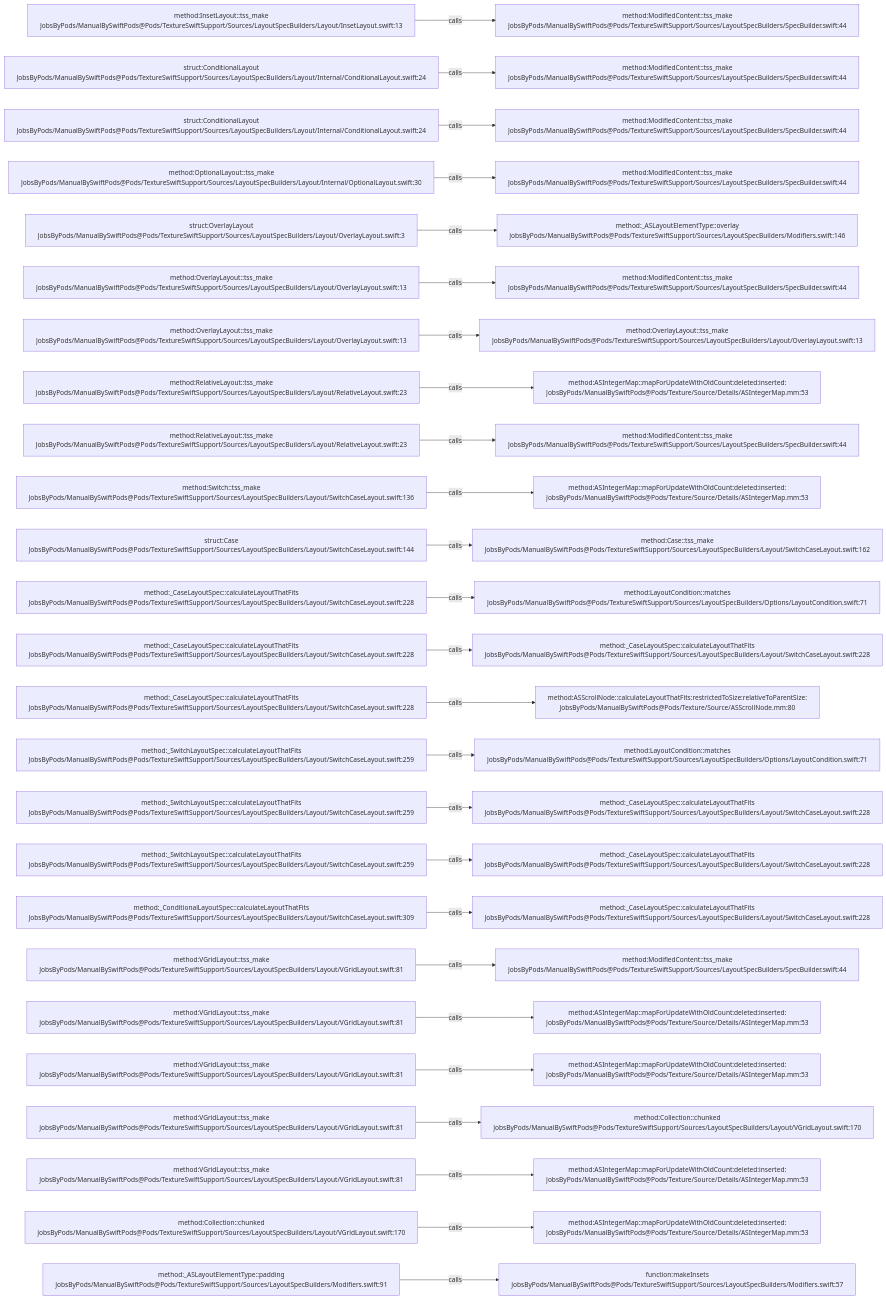
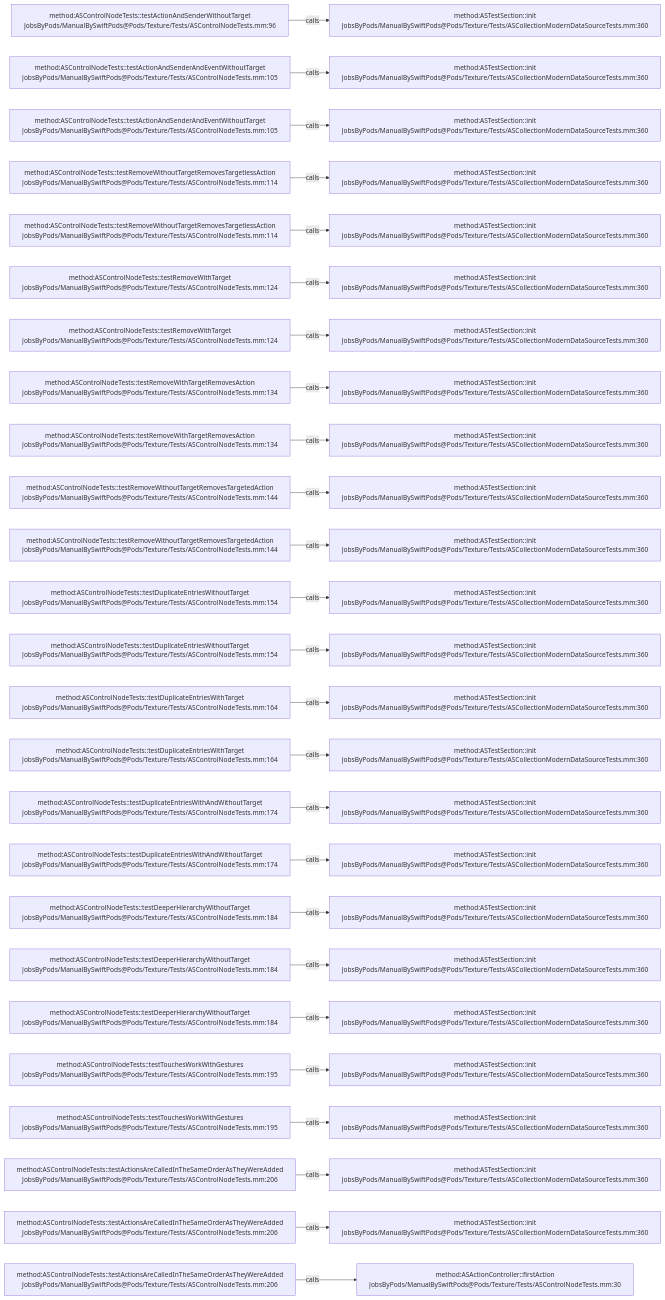
The diagram in .codegraph/codegraph.md/graphs/calls-176.md (JobsKits/JobsSwiftBaseConfigDemo), drawn with Mermaid before and after one commit. The commit also changed 832 other files, not shown here.

````diff
--- a/.codegraph/codegraph.md/graphs/calls-176.md
+++ b/.codegraph/codegraph.md/graphs/calls-176.md
@@ -13,78 +13,78 @@
 ```mermaid
 flowchart LR
-  S1["method:InsetLayout::tss_make<br/>JobsByPods/ManualBySwiftPods@Pods/TextureSwiftSupport/Sources/LayoutSpecBuilders/Layout/InsetLayout.swift:13"]
-  T1["method:ModifiedContent::tss_make<br/>JobsByPods/ManualBySwiftPods@Pods/TextureSwiftSupport/Sources/LayoutSpecBuilders/SpecBuilder.swift:44"]
+  S1["method:ASControlNodeTests::testActionAndSenderWithoutTarget<br/>JobsByPods/ManualBySwiftPods@Pods/Texture/Tests/ASControlNodeTests.mm:96"]
+  T1["method:ASTestSection::init<br/>JobsByPods/ManualBySwiftPods@Pods/Texture/Tests/ASCollectionModernDataSourceTests.mm:360"]
   S1 -->|calls| T1
-  S2["struct:ConditionalLayout<br/>JobsByPods/ManualBySwiftPods@Pods/TextureSwiftSupport/Sources/LayoutSpecBuilders/Layout/Internal/ConditionalLayout.swift:24"]
-  T2["method:ModifiedContent::tss_make<br/>JobsByPods/ManualBySwiftPods@Pods/TextureSwiftSupport/Sources/LayoutSpecBuilders/SpecBuilder.swift:44"]
+  S2["method:ASControlNodeTests::testActionAndSenderAndEventWithoutTarget<br/>JobsByPods/ManualBySwiftPods@Pods/Texture/Tests/ASControlNodeTests.mm:105"]
+  T2["method:ASTestSection::init<br/>JobsByPods/ManualBySwiftPods@Pods/Texture/Tests/ASCollectionModernDataSourceTests.mm:360"]
   S2 -->|calls| T2
-  S3["struct:ConditionalLayout<br/>JobsByPods/ManualBySwiftPods@Pods/TextureSwiftSupport/Sources/LayoutSpecBuilders/Layout/Internal/ConditionalLayout.swift:24"]
-  T3["method:ModifiedContent::tss_make<br/>JobsByPods/ManualBySwiftPods@Pods/TextureSwiftSupport/Sources/LayoutSpecBuilders/SpecBuilder.swift:44"]
+  S3["method:ASControlNodeTests::testActionAndSenderAndEventWithoutTarget<br/>JobsByPods/ManualBySwiftPods@Pods/Texture/Tests/ASControlNodeTests.mm:105"]
+  T3["method:ASTestSection::init<br/>JobsByPods/ManualBySwiftPods@Pods/Texture/Tests/ASCollectionModernDataSourceTests.mm:360"]
   S3 -->|calls| T3
-  S4["method:OptionalLayout::tss_make<br/>JobsByPods/ManualBySwiftPods@Pods/TextureSwiftSupport/Sources/LayoutSpecBuilders/Layout/Internal/OptionalLayout.swift:30"]
-  T4["method:ModifiedContent::tss_make<br/>JobsByPods/ManualBySwiftPods@Pods/TextureSwiftSupport/Sources/LayoutSpecBuilders/SpecBuilder.swift:44"]
+  S4["method:ASControlNodeTests::testRemoveWithoutTargetRemovesTargetlessAction<br/>JobsByPods/ManualBySwiftPods@Pods/Texture/Tests/ASControlNodeTests.mm:114"]
+  T4["method:ASTestSection::init<br/>JobsByPods/ManualBySwiftPods@Pods/Texture/Tests/ASCollectionModernDataSourceTests.mm:360"]
   S4 -->|calls| T4
-  S5["struct:OverlayLayout<br/>JobsByPods/ManualBySwiftPods@Pods/TextureSwiftSupport/Sources/LayoutSpecBuilders/Layout/OverlayLayout.swift:3"]
-  T5["method:_ASLayoutElementType::overlay<br/>JobsByPods/ManualBySwiftPods@Pods/TextureSwiftSupport/Sources/LayoutSpecBuilders/Modifiers.swift:146"]
+  S5["method:ASControlNodeTests::testRemoveWithoutTargetRemovesTargetlessAction<br/>JobsByPods/ManualBySwiftPods@Pods/Texture/Tests/ASControlNodeTests.mm:114"]
+  T5["method:ASTestSection::init<br/>JobsByPods/ManualBySwiftPods@Pods/Texture/Tests/ASCollectionModernDataSourceTests.mm:360"]
   S5 -->|calls| T5
-  S6["method:OverlayLayout::tss_make<br/>JobsByPods/ManualBySwiftPods@Pods/TextureSwiftSupport/Sources/LayoutSpecBuilders/Layout/OverlayLayout.swift:13"]
-  T6["method:ModifiedContent::tss_make<br/>JobsByPods/ManualBySwiftPods@Pods/TextureSwiftSupport/Sources/LayoutSpecBuilders/SpecBuilder.swift:44"]
+  S6["method:ASControlNodeTests::testRemoveWithTarget<br/>JobsByPods/ManualBySwiftPods@Pods/Texture/Tests/ASControlNodeTests.mm:124"]
+  T6["method:ASTestSection::init<br/>JobsByPods/ManualBySwiftPods@Pods/Texture/Tests/ASCollectionModernDataSourceTests.mm:360"]
   S6 -->|calls| T6
-  S7["method:OverlayLayout::tss_make<br/>JobsByPods/ManualBySwiftPods@Pods/TextureSwiftSupport/Sources/LayoutSpecBuilders/Layout/OverlayLayout.swift:13"]
-  T7["method:OverlayLayout::tss_make<br/>JobsByPods/ManualBySwiftPods@Pods/TextureSwiftSupport/Sources/LayoutSpecBuilders/Layout/OverlayLayout.swift:13"]
+  S7["method:ASControlNodeTests::testRemoveWithTarget<br/>JobsByPods/ManualBySwiftPods@Pods/Texture/Tests/ASControlNodeTests.mm:124"]
+  T7["method:ASTestSection::init<br/>JobsByPods/ManualBySwiftPods@Pods/Texture/Tests/ASCollectionModernDataSourceTests.mm:360"]
   S7 -->|calls| T7
-  S8["method:RelativeLayout::tss_make<br/>JobsByPods/ManualBySwiftPods@Pods/TextureSwiftSupport/Sources/LayoutSpecBuilders/Layout/RelativeLayout.swift:23"]
-  T8["method:ASIntegerMap::mapForUpdateWithOldCount:deleted:inserted:<br/>JobsByPods/ManualBySwiftPods@Pods/Texture/Source/Details/ASIntegerMap.mm:53"]
+  S8["method:ASControlNodeTests::testRemoveWithTargetRemovesAction<br/>JobsByPods/ManualBySwiftPods@Pods/Texture/Tests/ASControlNodeTests.mm:134"]
+  T8["method:ASTestSection::init<br/>JobsByPods/ManualBySwiftPods@Pods/Texture/Tests/ASCollectionModernDataSourceTests.mm:360"]
   S8 -->|calls| T8
-  S9["method:RelativeLayout::tss_make<br/>JobsByPods/ManualBySwiftPods@Pods/TextureSwiftSupport/Sources/LayoutSpecBuilders/Layout/RelativeLayout.swift:23"]
-  T9["method:ModifiedContent::tss_make<br/>JobsByPods/ManualBySwiftPods@Pods/TextureSwiftSupport/Sources/LayoutSpecBuilders/SpecBuilder.swift:44"]
+  S9["method:ASControlNodeTests::testRemoveWithTargetRemovesAction<br/>JobsByPods/ManualBySwiftPods@Pods/Texture/Tests/ASControlNodeTests.mm:134"]
+  T9["method:ASTestSection::init<br/>JobsByPods/ManualBySwiftPods@Pods/Texture/Tests/ASCollectionModernDataSourceTests.mm:360"]
   S9 -->|calls| T9
-  S10["method:Switch::tss_make<br/>JobsByPods/ManualBySwiftPods@Pods/TextureSwiftSupport/Sources/LayoutSpecBuilders/Layout/SwitchCaseLayout.swift:136"]
-  T10["method:ASIntegerMap::mapForUpdateWithOldCount:deleted:inserted:<br/>JobsByPods/ManualBySwiftPods@Pods/Texture/Source/Details/ASIntegerMap.mm:53"]
+  S10["method:ASControlNodeTests::testRemoveWithoutTargetRemovesTargetedAction<br/>JobsByPods/ManualBySwiftPods@Pods/Texture/Tests/ASControlNodeTests.mm:144"]
+  T10["method:ASTestSection::init<br/>JobsByPods/ManualBySwiftPods@Pods/Texture/Tests/ASCollectionModernDataSourceTests.mm:360"]
   S10 -->|calls| T10
-  S11["struct:Case<br/>JobsByPods/ManualBySwiftPods@Pods/TextureSwiftSupport/Sources/LayoutSpecBuilders/Layout/SwitchCaseLayout.swift:144"]
-  T11["method:Case::tss_make<br/>JobsByPods/ManualBySwiftPods@Pods/TextureSwiftSupport/Sources/LayoutSpecBuilders/Layout/SwitchCaseLayout.swift:162"]
+  S11["method:ASControlNodeTests::testRemoveWithoutTargetRemovesTargetedAction<br/>JobsByPods/ManualBySwiftPods@Pods/Texture/Tests/ASControlNodeTests.mm:144"]
+  T11["method:ASTestSection::init<br/>JobsByPods/ManualBySwiftPods@Pods/Texture/Tests/ASCollectionModernDataSourceTests.mm:360"]
   S11 -->|calls| T11
-  S12["method:_CaseLayoutSpec::calculateLayoutThatFits<br/>JobsByPods/ManualBySwiftPods@Pods/TextureSwiftSupport/Sources/LayoutSpecBuilders/Layout/SwitchCaseLayout.swift:228"]
-  T12["method:LayoutCondition::matches<br/>JobsByPods/ManualBySwiftPods@Pods/TextureSwiftSupport/Sources/LayoutSpecBuilders/Options/LayoutCondition.swift:71"]
+  S12["method:ASControlNodeTests::testDuplicateEntriesWithoutTarget<br/>JobsByPods/ManualBySwiftPods@Pods/Texture/Tests/ASControlNodeTests.mm:154"]
+  T12["method:ASTestSection::init<br/>JobsByPods/ManualBySwiftPods@Pods/Texture/Tests/ASCollectionModernDataSourceTests.mm:360"]
   S12 -->|calls| T12
-  S13["method:_CaseLayoutSpec::calculateLayoutThatFits<br/>JobsByPods/ManualBySwiftPods@Pods/TextureSwiftSupport/Sources/LayoutSpecBuilders/Layout/SwitchCaseLayout.swift:228"]
-  T13["method:_CaseLayoutSpec::calculateLayoutThatFits<br/>JobsByPods/ManualBySwiftPods@Pods/TextureSwiftSupport/Sources/LayoutSpecBuilders/Layout/SwitchCaseLayout.swift:228"]
+  S13["method:ASControlNodeTests::testDuplicateEntriesWithoutTarget<br/>JobsByPods/ManualBySwiftPods@Pods/Texture/Tests/ASControlNodeTests.mm:154"]
+  T13["method:ASTestSection::init<br/>JobsByPods/ManualBySwiftPods@Pods/Texture/Tests/ASCollectionModernDataSourceTests.mm:360"]
   S13 -->|calls| T13
-  S14["method:_CaseLayoutSpec::calculateLayoutThatFits<br/>JobsByPods/ManualBySwiftPods@Pods/TextureSwiftSupport/Sources/LayoutSpecBuilders/Layout/SwitchCaseLayout.swift:228"]
-  T14["method:ASScrollNode::calculateLayoutThatFits:restrictedToSize:relativeToParentSize:<br/>JobsByPods/ManualBySwiftPods@Pods/Texture/Source/ASScrollNode.mm:80"]
+  S14["method:ASControlNodeTests::testDuplicateEntriesWithTarget<br/>JobsByPods/ManualBySwiftPods@Pods/Texture/Tests/ASControlNodeTests.mm:164"]
+  T14["method:ASTestSection::init<br/>JobsByPods/ManualBySwiftPods@Pods/Texture/Tests/ASCollectionModernDataSourceTests.mm:360"]
   S14 -->|calls| T14
-  S15["method:_SwitchLayoutSpec::calculateLayoutThatFits<br/>JobsByPods/ManualBySwiftPods@Pods/TextureSwiftSupport/Sources/LayoutSpecBuilders/Layout/SwitchCaseLayout.swift:259"]
-  T15["method:LayoutCondition::matches<br/>JobsByPods/ManualBySwiftPods@Pods/TextureSwiftSupport/Sources/LayoutSpecBuilders/Options/LayoutCondition.swift:71"]
+  S15["method:ASControlNodeTests::testDuplicateEntriesWithTarget<br/>JobsByPods/ManualBySwiftPods@Pods/Texture/Tests/ASControlNodeTests.mm:164"]
+  T15["method:ASTestSection::init<br/>JobsByPods/ManualBySwiftPods@Pods/Texture/Tests/ASCollectionModernDataSourceTests.mm:360"]
   S15 -->|calls| T15
-  S16["method:_SwitchLayoutSpec::calculateLayoutThatFits<br/>JobsByPods/ManualBySwiftPods@Pods/TextureSwiftSupport/Sources/LayoutSpecBuilders/Layout/SwitchCaseLayout.swift:259"]
-  T16["method:_CaseLayoutSpec::calculateLayoutThatFits<br/>JobsByPods/ManualBySwiftPods@Pods/TextureSwiftSupport/Sources/LayoutSpecBuilders/Layout/SwitchCaseLayout.swift:228"]
+  S16["method:ASControlNodeTests::testDuplicateEntriesWithAndWithoutTarget<br/>JobsByPods/ManualBySwiftPods@Pods/Texture/Tests/ASControlNodeTests.mm:174"]
+  T16["method:ASTestSection::init<br/>JobsByPods/ManualBySwiftPods@Pods/Texture/Tests/ASCollectionModernDataSourceTests.mm:360"]
   S16 -->|calls| T16
-  S17["method:_SwitchLayoutSpec::calculateLayoutThatFits<br/>JobsByPods/ManualBySwiftPods@Pods/TextureSwiftSupport/Sources/LayoutSpecBuilders/Layout/SwitchCaseLayout.swift:259"]
-  T17["method:_CaseLayoutSpec::calculateLayoutThatFits<br/>JobsByPods/ManualBySwiftPods@Pods/TextureSwiftSupport/Sources/LayoutSpecBuilders/Layout/SwitchCaseLayout.swift:228"]
+  S17["method:ASControlNodeTests::testDuplicateEntriesWithAndWithoutTarget<br/>JobsByPods/ManualBySwiftPods@Pods/Texture/Tests/ASControlNodeTests.mm:174"]
+  T17["method:ASTestSection::init<br/>JobsByPods/ManualBySwiftPods@Pods/Texture/Tests/ASCollectionModernDataSourceTests.mm:360"]
   S17 -->|calls| T17
-  S18["method:_ConditionalLayoutSpec::calculateLayoutThatFits<br/>JobsByPods/ManualBySwiftPods@Pods/TextureSwiftSupport/Sources/LayoutSpecBuilders/Layout/SwitchCaseLayout.swift:309"]
-  T18["method:_CaseLayoutSpec::calculateLayoutThatFits<br/>JobsByPods/ManualBySwiftPods@Pods/TextureSwiftSupport/Sources/LayoutSpecBuilders/Layout/SwitchCaseLayout.swift:228"]
+  S18["method:ASControlNodeTests::testDeeperHierarchyWithoutTarget<br/>JobsByPods/ManualBySwiftPods@Pods/Texture/Tests/ASControlNodeTests.mm:184"]
+  T18["method:ASTestSection::init<br/>JobsByPods/ManualBySwiftPods@Pods/Texture/Tests/ASCollectionModernDataSourceTests.mm:360"]
   S18 -->|calls| T18
-  S19["method:VGridLayout::tss_make<br/>JobsByPods/ManualBySwiftPods@Pods/TextureSwiftSupport/Sources/LayoutSpecBuilders/Layout/VGridLayout.swift:81"]
-  T19["method:ModifiedContent::tss_make<br/>JobsByPods/ManualBySwiftPods@Pods/TextureSwiftSupport/Sources/LayoutSpecBuilders/SpecBuilder.swift:44"]
+  S19["method:ASControlNodeTests::testDeeperHierarchyWithoutTarget<br/>JobsByPods/ManualBySwiftPods@Pods/Texture/Tests/ASControlNodeTests.mm:184"]
+  T19["method:ASTestSection::init<br/>JobsByPods/ManualBySwiftPods@Pods/Texture/Tests/ASCollectionModernDataSourceTests.mm:360"]
   S19 -->|calls| T19
-  S20["method:VGridLayout::tss_make<br/>JobsByPods/ManualBySwiftPods@Pods/TextureSwiftSupport/Sources/LayoutSpecBuilders/Layout/VGridLayout.swift:81"]
-  T20["method:ASIntegerMap::mapForUpdateWithOldCount:deleted:inserted:<br/>JobsByPods/ManualBySwiftPods@Pods/Texture/Source/Details/ASIntegerMap.mm:53"]
+  S20["method:ASControlNodeTests::testDeeperHierarchyWithoutTarget<br/>JobsByPods/ManualBySwiftPods@Pods/Texture/Tests/ASControlNodeTests.mm:184"]
+  T20["method:ASTestSection::init<br/>JobsByPods/ManualBySwiftPods@Pods/Texture/Tests/ASCollectionModernDataSourceTests.mm:360"]
   S20 -->|calls| T20
-  S21["method:VGridLayout::tss_make<br/>JobsByPods/ManualBySwiftPods@Pods/TextureSwiftSupport/Sources/LayoutSpecBuilders/Layout/VGridLayout.swift:81"]
-  T21["method:ASIntegerMap::mapForUpdateWithOldCount:deleted:inserted:<br/>JobsByPods/ManualBySwiftPods@Pods/Texture/Source/Details/ASIntegerMap.mm:53"]
+  S21["method:ASControlNodeTests::testTouchesWorkWithGestures<br/>JobsByPods/ManualBySwiftPods@Pods/Texture/Tests/ASControlNodeTests.mm:195"]
+  T21["method:ASTestSection::init<br/>JobsByPods/ManualBySwiftPods@Pods/Texture/Tests/ASCollectionModernDataSourceTests.mm:360"]
   S21 -->|calls| T21
-  S22["method:VGridLayout::tss_make<br/>JobsByPods/ManualBySwiftPods@Pods/TextureSwiftSupport/Sources/LayoutSpecBuilders/Layout/VGridLayout.swift:81"]
-  T22["method:Collection::chunked<br/>JobsByPods/ManualBySwiftPods@Pods/TextureSwiftSupport/Sources/LayoutSpecBuilders/Layout/VGridLayout.swift:170"]
+  S22["method:ASControlNodeTests::testTouchesWorkWithGestures<br/>JobsByPods/ManualBySwiftPods@Pods/Texture/Tests/ASControlNodeTests.mm:195"]
+  T22["method:ASTestSection::init<br/>JobsByPods/ManualBySwiftPods@Pods/Texture/Tests/ASCollectionModernDataSourceTests.mm:360"]
   S22 -->|calls| T22
-  S23["method:VGridLayout::tss_make<br/>JobsByPods/ManualBySwiftPods@Pods/TextureSwiftSupport/Sources/LayoutSpecBuilders/Layout/VGridLayout.swift:81"]
-  T23["method:ASIntegerMap::mapForUpdateWithOldCount:deleted:inserted:<br/>JobsByPods/ManualBySwiftPods@Pods/Texture/Source/Details/ASIntegerMap.mm:53"]
+  S23["method:ASControlNodeTests::testActionsAreCalledInTheSameOrderAsTheyWereAdded<br/>JobsByPods/ManualBySwiftPods@Pods/Texture/Tests/ASControlNodeTests.mm:206"]
+  T23["method:ASTestSection::init<br/>JobsByPods/ManualBySwiftPods@Pods/Texture/Tests/ASCollectionModernDataSourceTests.mm:360"]
   S23 -->|calls| T23
-  S24["method:Collection::chunked<br/>JobsByPods/ManualBySwiftPods@Pods/TextureSwiftSupport/Sources/LayoutSpecBuilders/Layout/VGridLayout.swift:170"]
-  T24["method:ASIntegerMap::mapForUpdateWithOldCount:deleted:inserted:<br/>JobsByPods/ManualBySwiftPods@Pods/Texture/Source/Details/ASIntegerMap.mm:53"]
+  S24["method:ASControlNodeTests::testActionsAreCalledInTheSameOrderAsTheyWereAdded<br/>JobsByPods/ManualBySwiftPods@Pods/Texture/Tests/ASControlNodeTests.mm:206"]
+  T24["method:ASTestSection::init<br/>JobsByPods/ManualBySwiftPods@Pods/Texture/Tests/ASCollectionModernDataSourceTests.mm:360"]
   S24 -->|calls| T24
-  S25["method:_ASLayoutElementType::padding<br/>JobsByPods/ManualBySwiftPods@Pods/TextureSwiftSupport/Sources/LayoutSpecBuilders/Modifiers.swift:91"]
-  T25["function:makeInsets<br/>JobsByPods/ManualBySwiftPods@Pods/TextureSwiftSupport/Sources/LayoutSpecBuilders/Modifiers.swift:57"]
+  S25["method:ASControlNodeTests::testActionsAreCalledInTheSameOrderAsTheyWereAdded<br/>JobsByPods/ManualBySwiftPods@Pods/Texture/Tests/ASControlNodeTests.mm:206"]
+  T25["method:ASActionController::firstAction<br/>JobsByPods/ManualBySwiftPods@Pods/Texture/Tests/ASControlNodeTests.mm:30"]
   S25 -->|calls| T25
 ```
````
